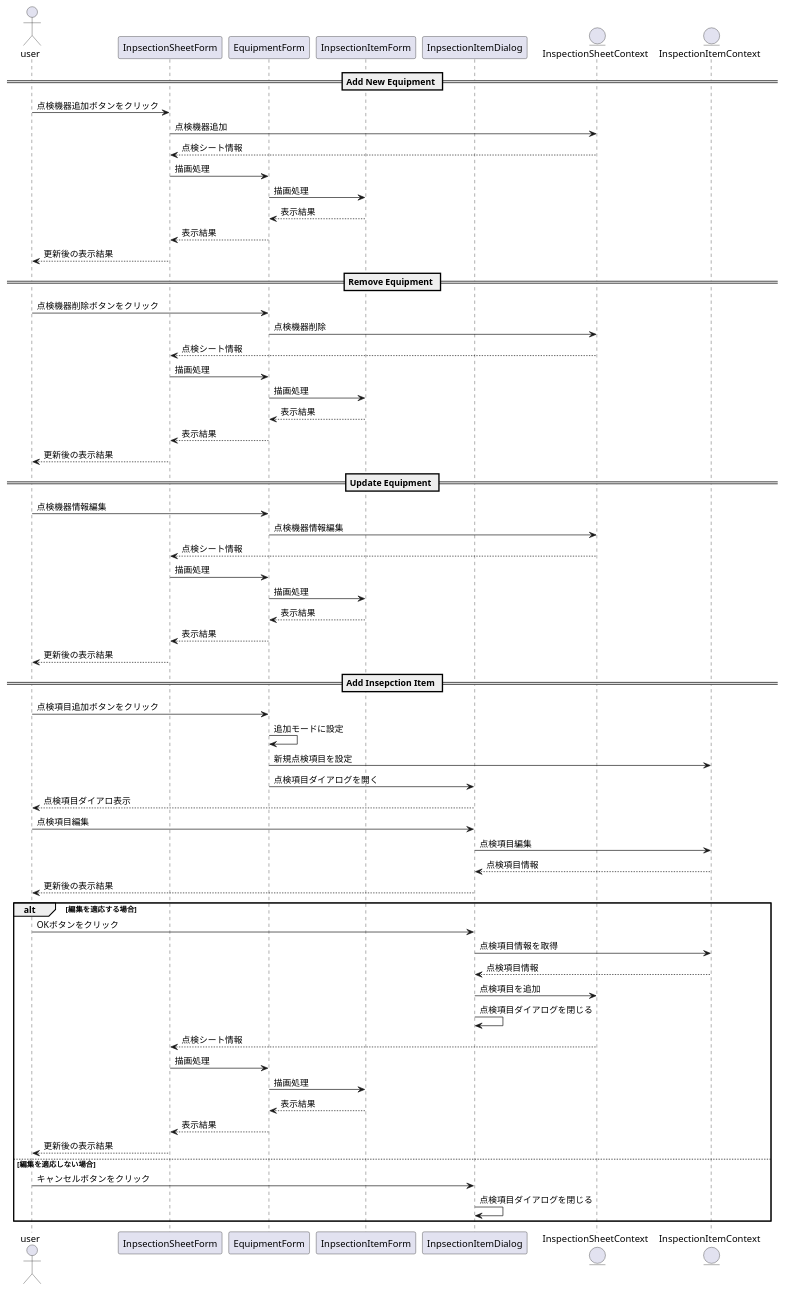
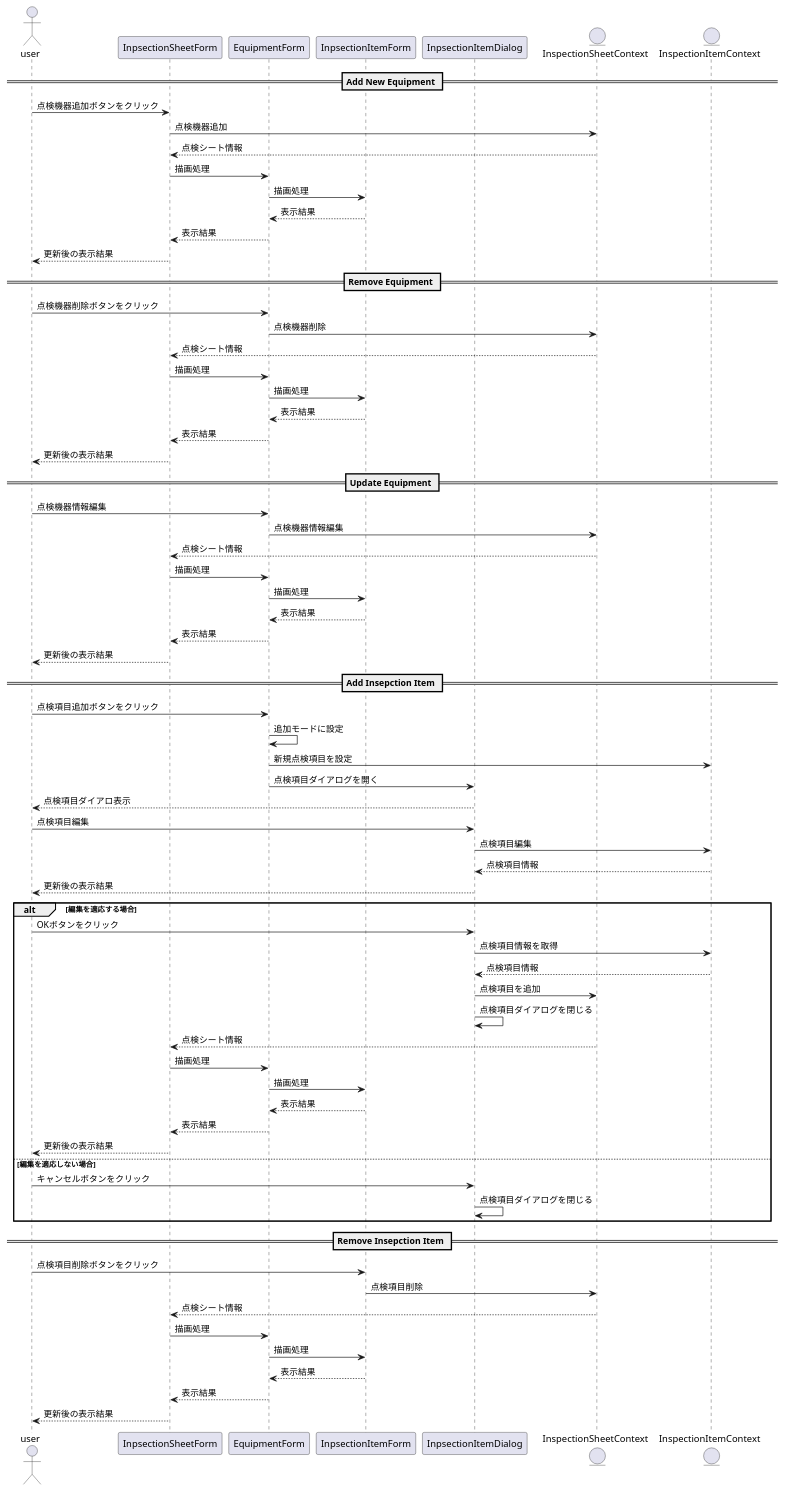
The diagram in docs/sequence-diagrams.puml (yasuaki-344/inspection-manager), drawn with PlantUML before and after one commit.

Commit message:
Add sequence for inspection item remove

```diff
--- a/docs/sequence-diagrams.puml
+++ b/docs/sequence-diagrams.puml
@@ -1,68 +1,77 @@
 @startuml sequence-diagram
 
 actor user
 participant InpsectionSheetForm as sheetForm
 participant EquipmentForm as equipForm
 participant InpsectionItemForm as itemForm
 participant InpsectionItemDialog as itemDialog
 entity InspectionSheetContext as sheetContext
 entity InspectionItemContext as itemContext
 
 == Add New Equipment ==
 user -> sheetForm : 点検機器追加ボタンをクリック
 sheetForm -> sheetContext : 点検機器追加
 sheetForm <-- sheetContext : 点検シート情報
 sheetForm -> equipForm : 描画処理
 equipForm -> itemForm : 描画処理
 equipForm <-- itemForm : 表示結果
 sheetForm <-- equipForm : 表示結果
 user <-- sheetForm : 更新後の表示結果
 
 == Remove Equipment ==
 user -> equipForm : 点検機器削除ボタンをクリック
 equipForm -> sheetContext : 点検機器削除
 sheetForm <-- sheetContext : 点検シート情報
 sheetForm -> equipForm : 描画処理
 equipForm -> itemForm : 描画処理
 equipForm <-- itemForm : 表示結果
 sheetForm <-- equipForm : 表示結果
 user <-- sheetForm : 更新後の表示結果
 
 == Update Equipment ==
 user -> equipForm : 点検機器情報編集
 equipForm -> sheetContext : 点検機器情報編集
 sheetForm <-- sheetContext : 点検シート情報
 sheetForm -> equipForm : 描画処理
 equipForm -> itemForm : 描画処理
 equipForm <-- itemForm : 表示結果
 sheetForm <-- equipForm : 表示結果
 user <-- sheetForm : 更新後の表示結果
 
 == Add Insepction Item ==
 user -> equipForm : 点検項目追加ボタンをクリック
 equipForm -> equipForm : 追加モードに設定
 equipForm -> itemContext : 新規点検項目を設定
 equipForm -> itemDialog : 点検項目ダイアログを開く
 user <-- itemDialog : 点検項目ダイアロ表示
 user ->  itemDialog : 点検項目編集
 itemDialog -> itemContext : 点検項目編集
 itemDialog <-- itemContext : 点検項目情報
 user <-- itemDialog : 更新後の表示結果
 alt 編集を適応する場合
   user ->  itemDialog : OKボタンをクリック
   itemDialog -> itemContext : 点検項目情報を取得
   itemDialog <-- itemContext : 点検項目情報
   itemDialog -> sheetContext : 点検項目を追加
   itemDialog -> itemDialog : 点検項目ダイアログを閉じる
   sheetForm <-- sheetContext : 点検シート情報
   sheetForm -> equipForm : 描画処理
   equipForm -> itemForm : 描画処理
   equipForm <-- itemForm : 表示結果
   sheetForm <-- equipForm : 表示結果
   user <-- sheetForm : 更新後の表示結果
 else 編集を適応しない場合
   user ->  itemDialog : キャンセルボタンをクリック
   itemDialog -> itemDialog : 点検項目ダイアログを閉じる
 end
+== Remove Insepction Item ==
+user -> itemForm : 点検項目削除ボタンをクリック
+itemForm -> sheetContext : 点検項目削除
+sheetForm <-- sheetContext : 点検シート情報
+sheetForm -> equipForm : 描画処理
+equipForm -> itemForm : 描画処理
+equipForm <-- itemForm : 表示結果
+sheetForm <-- equipForm : 表示結果
+user <-- sheetForm : 更新後の表示結果
 
 @enduml
```
